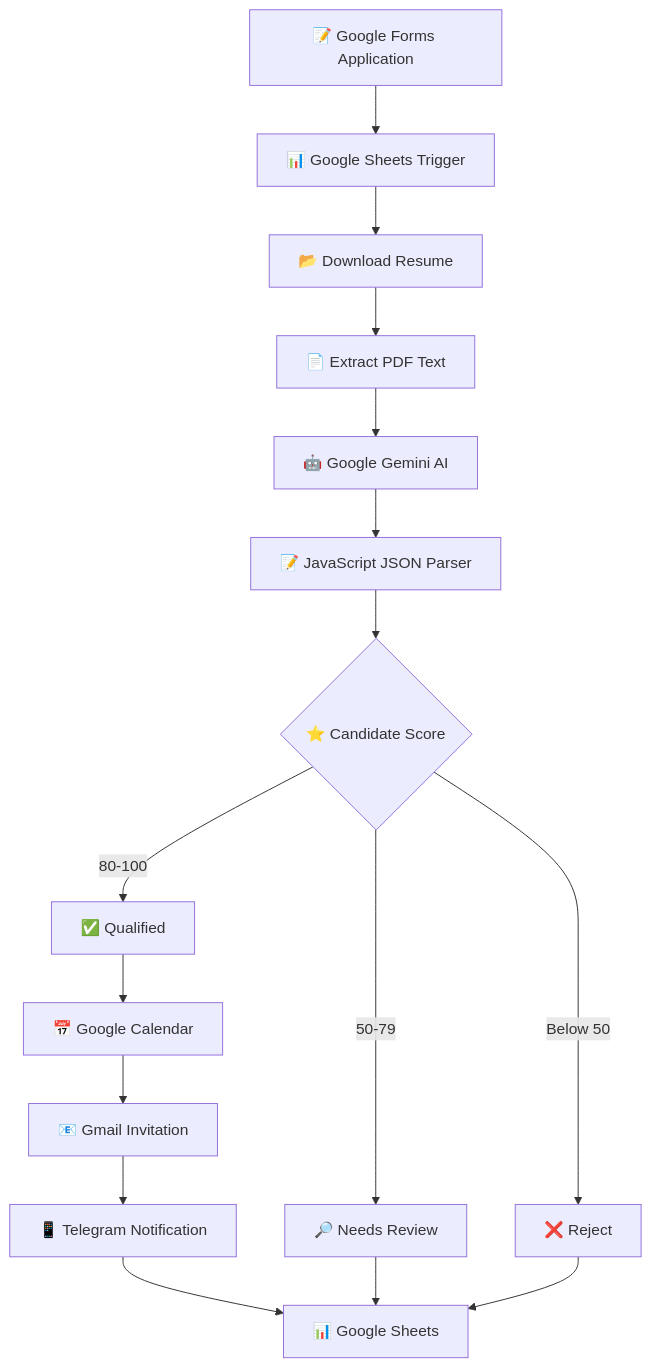
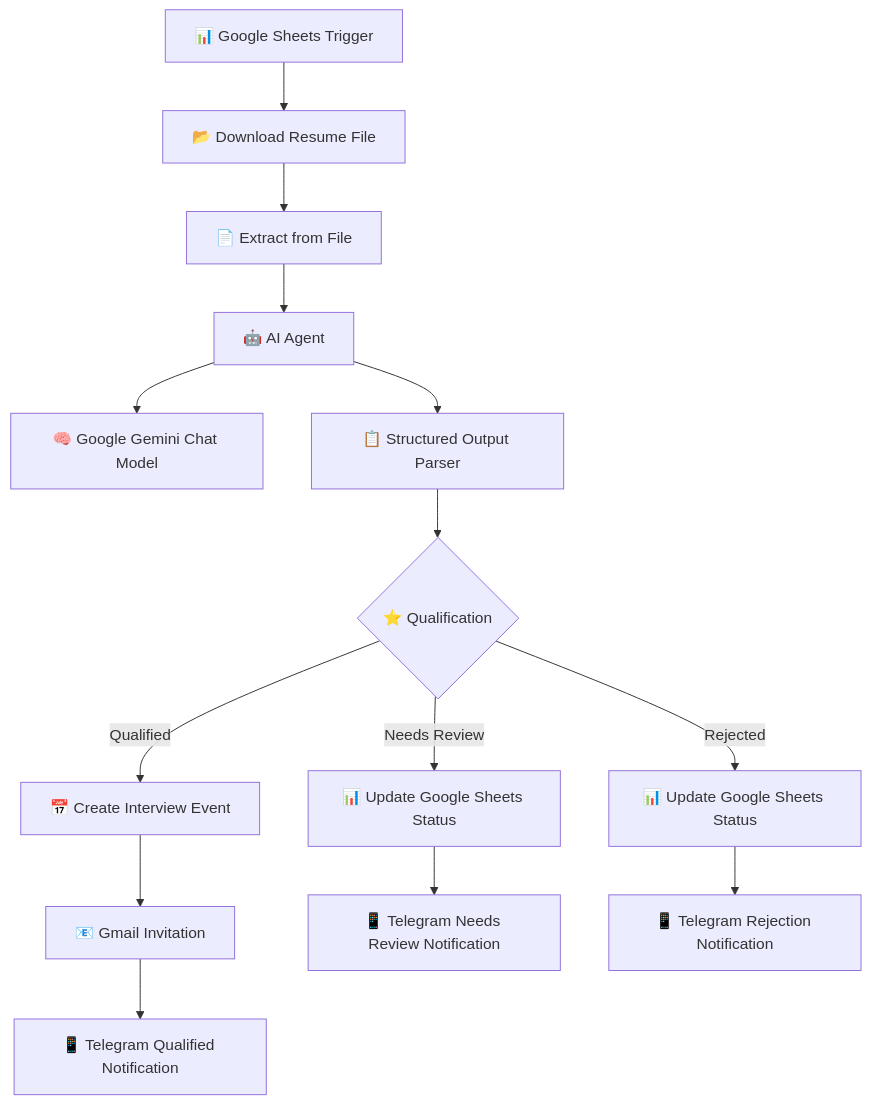
The diagram in README.MD (belioautomation/AI-RESUME-SCREENING-INTERVIEW-SCHEDULING-SYSTEM-IMPLEMENTATION-PLAN), drawn with Mermaid before and after one commit. The commit also changed other lines of this file, not shown here.

`````diff
--- a/README.MD
+++ b/README.MD
@@ -112,36 +121,33 @@
 ```mermaid
 flowchart TD
 
-A["📝 Google Forms Application"]
+A["📊 Google Sheets Trigger"]
 
---> B["📊 Google Sheets Trigger"]
+--> B["📂 Download Resume File"]
 
---> C["📂 Download Resume"]
+--> C["📄 Extract from File"]
 
---> D["📄 Extract PDF Text"]
+--> D["🤖 AI Agent"]
 
---> E["🤖 Google Gemini AI"]
+D --> E["🧠 Google Gemini Chat Model"]
 
---> F["📝 JavaScript JSON Parser"]
+D --> F["📋 Structured Output Parser"]
 
---> G{"⭐ Candidate Score"}
+F --> G{"⭐ Qualification"}
 
-G -->|80-100| H["✅ Qualified"]
+G -->|Qualified| H["📅 Create Interview Event"]
 
-G -->|50-79| I["🔎 Needs Review"]
+H --> I["📧 Gmail Invitation"]
 
-G -->|Below 50| J["❌ Reject"]
+I --> J["📱 Telegram Qualified Notification"]
 
-H --> K["📅 Google Calendar"]
 
-K --> L["📧 Gmail Invitation"]
+G -->|Needs Review| K["📊 Update Google Sheets Status"]
 
-L --> M["📱 Telegram Notification"]
+K --> L["📱 Telegram Needs Review Notification"]
 
-M --> N["📊 Google Sheets"]
 
-I --> N
+G -->|Rejected| M["📊 Update Google Sheets Status"]
 
-J --> N
-
-````
+M --> N["📱 Telegram Rejection Notification"]
+```
`````
